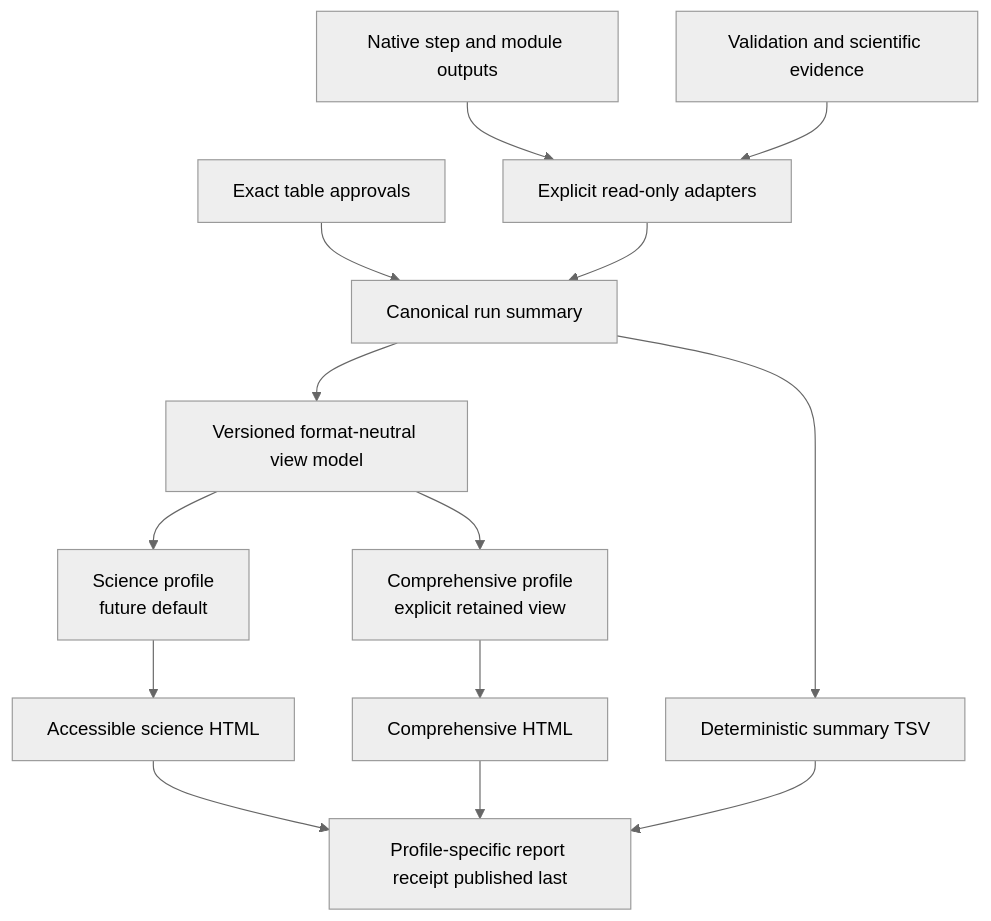
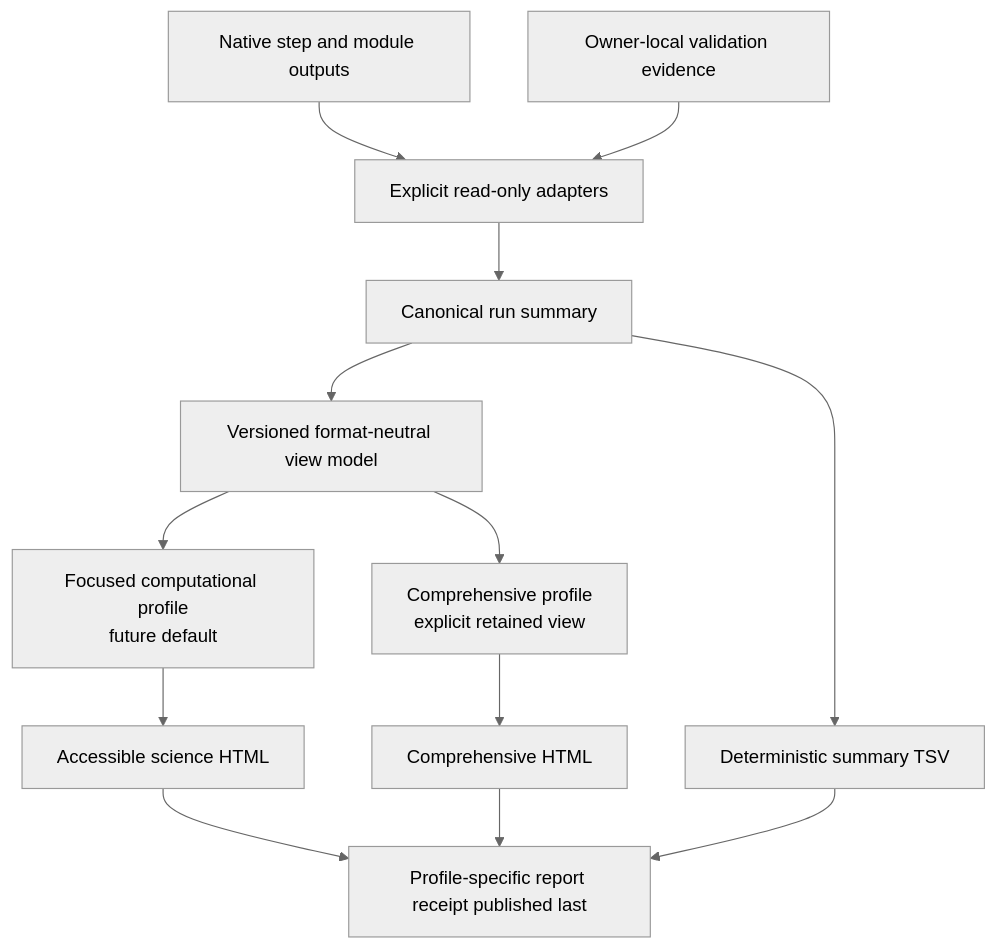
Before and after one commit to lab-cats/EMRYS: the diagram in docs/architecture/diagrams/future_reporting_layer.mmd, drawn with Mermaid (neutral theme). The commit also changed 215 other files, not shown here.

```diff
--- a/docs/architecture/diagrams/future_reporting_layer.mmd
+++ b/docs/architecture/diagrams/future_reporting_layer.mmd
@@ -1,14 +1,13 @@
 flowchart TD
     native["Native step and module outputs"] --> adapters["Explicit read-only adapters"]
-    evidence["Validation and scientific evidence"] --> adapters
-    approvals["Exact table approvals"] --> summary["Canonical run summary"]
-    adapters --> summary
+    evidence["Owner-local validation evidence"] --> adapters
+    adapters --> summary["Canonical run summary"]
     summary --> view["Versioned format-neutral view model"]
-    view --> science["Science profile<br/>future default"]
+    view --> science["Focused computational profile<br/>future default"]
     view --> comprehensive["Comprehensive profile<br/>explicit retained view"]
     science --> sciencehtml["Accessible science HTML"]
     comprehensive --> fullhtml["Comprehensive HTML"]
     summary --> tsv["Deterministic summary TSV"]
     sciencehtml --> receipt["Profile-specific report receipt published last"]
     fullhtml --> receipt
     tsv --> receipt
```
